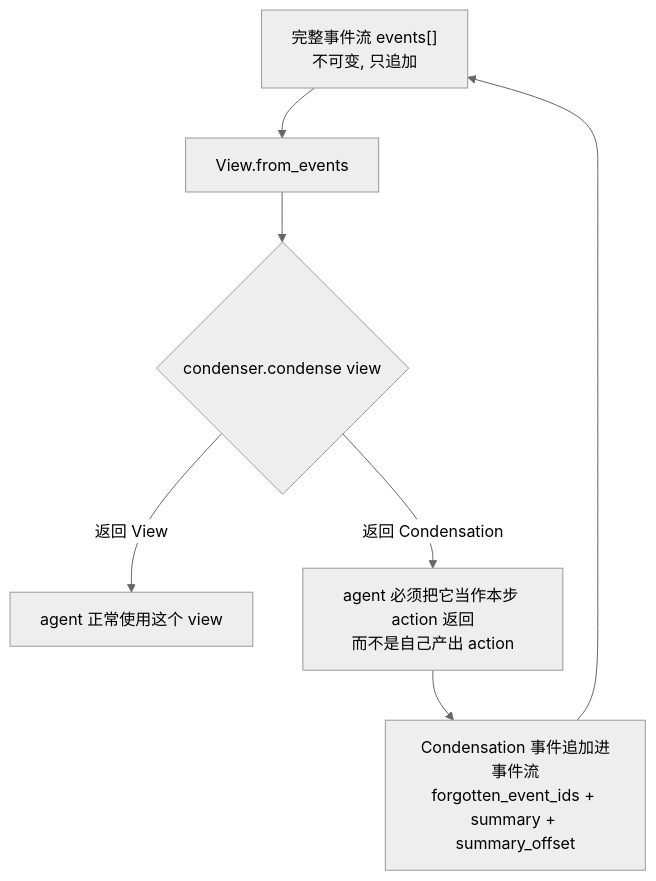
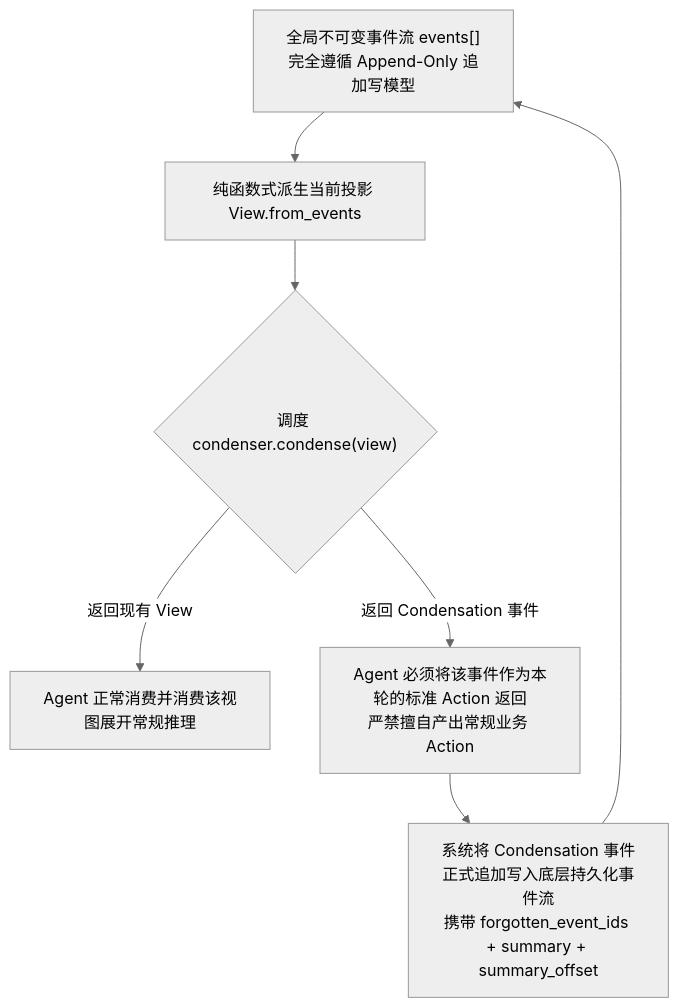
Before and after one commit to caiboyang/ML-learning: diagram 12 of 19 in agent-context-compression/Agent_Context_Compression_Research.md, drawn with Mermaid (neutral theme). The commit also changed other lines of this file and 4 other files, not shown here.

````diff
--- a/agent-context-compression/Agent_Context_Compression_Research.md
+++ b/agent-context-compression/Agent_Context_Compression_Research.md
@@ -1211,9 +1219,9 @@
 ```mermaid
 flowchart TD
-    E["完整事件流 events[]<br/>不可变, 只追加"] --> V["View.from_events"]
-    V --> C{"condenser.condense view"}
-    C -->|"返回 View"| A1["agent 正常使用这个 view"]
-    C -->|"返回 Condensation"| A2["agent 必须把它当作本步 action 返回<br/>而不是自己产出 action"]
-    A2 --> E2["Condensation 事件追加进事件流<br/>forgotten_event_ids + summary + summary_offset"]
+    E["全局不可变事件流 events[]<br/>完全遵循 Append-Only 追加写模型"] --> V["纯函数式派生当前投影 View.from_events"]
+    V --> C{"调度 condenser.condense(view)"}
+    C -->|"返回现有 View"| A1["Agent 正常消费并消费该视图展开常规推理"]
+    C -->|"返回 Condensation 事件"| A2["Agent 必须将该事件作为本轮的标准 Action 返回<br/>严禁擅自产出常规业务 Action"]
+    A2 --> E2["系统将 Condensation 事件正式追加写入底层持久化事件流<br/>携带 forgotten_event_ids + summary + summary_offset"]
     E2 --> E
 ```
````
